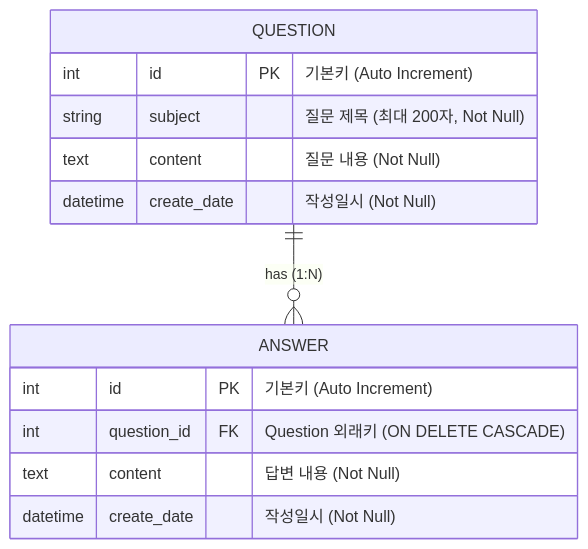
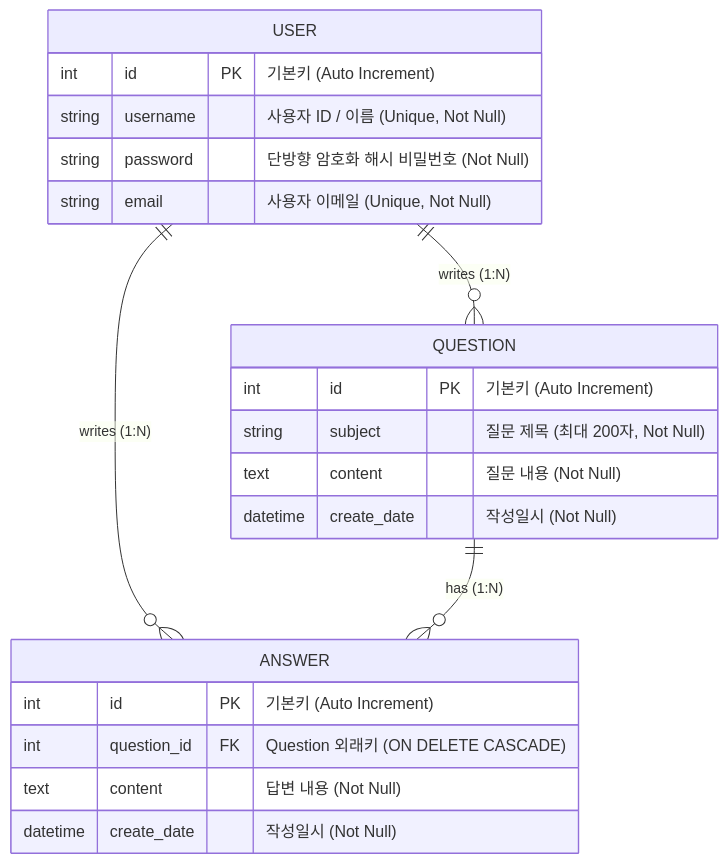
The diagram in README.md (hongdonjoo70/flask-pybo), drawn with Mermaid before and after one commit. The commit also changed other lines of this file, not shown here.

````diff
--- a/README.md
+++ b/README.md
@@ -78,18 +103,27 @@
 ```mermaid
 erDiagram
+    USER ||--o{ QUESTION : "writes (1:N)"
+    USER ||--o{ ANSWER : "writes (1:N)"
     QUESTION ||--o{ ANSWER : "has (1:N)"
     
+    USER {
+        int id PK "기본키 (Auto Increment)"
+        string username "사용자 ID / 이름 (Unique, Not Null)"
+        string password "단방향 암호화 해시 비밀번호 (Not Null)"
+        string email "사용자 이메일 (Unique, Not Null)"
+    }
+
     QUESTION {
         int id PK "기본키 (Auto Increment)"
         string subject "질문 제목 (최대 200자, Not Null)"
         text content "질문 내용 (Not Null)"
         datetime create_date "작성일시 (Not Null)"
     }
     
     ANSWER {
         int id PK "기본키 (Auto Increment)"
         int question_id FK "Question 외래키 (ON DELETE CASCADE)"
         text content "답변 내용 (Not Null)"
         datetime create_date "작성일시 (Not Null)"
     }
 ```
````
